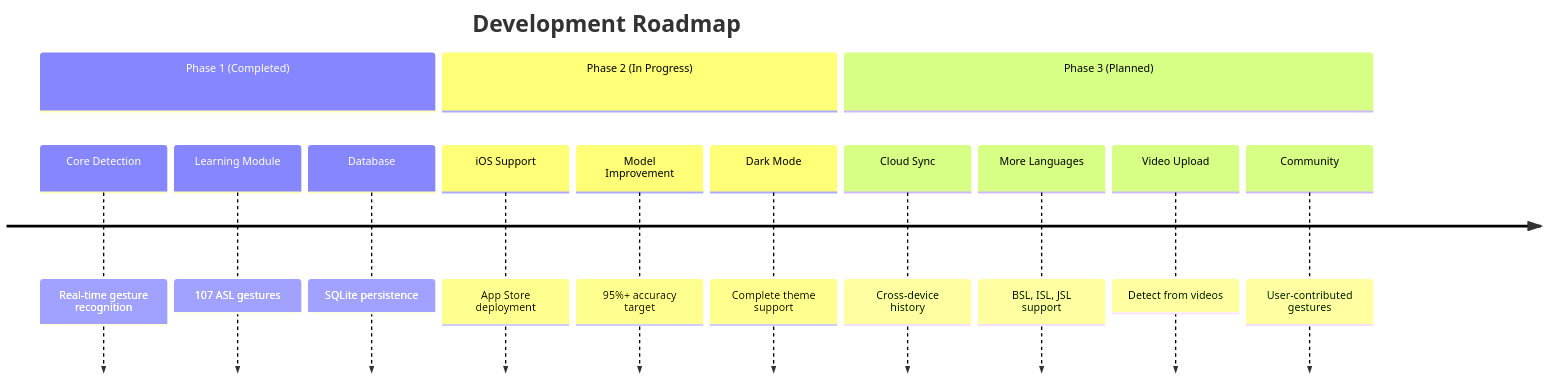
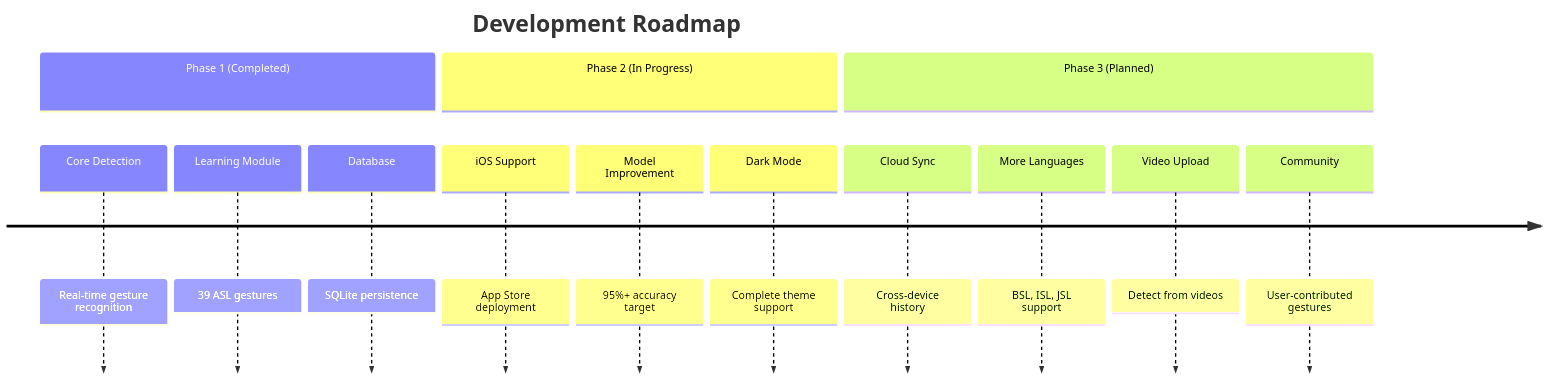
Before and after one commit to muhammadwasif12/SilentVoiceAI-App-Sign-Langauage-Translator-For-Deaf-Mute: the second of 2 diagrams in README.md, drawn with Mermaid. The commit also changed other lines of this file, not shown here.

````diff
--- a/README.md
+++ b/README.md
@@ -649,17 +637,17 @@
 ```mermaid
 timeline
     title Development Roadmap
     section Phase 1 (Completed)
       Core Detection : Real-time gesture recognition
-      Learning Module : 107 ASL gestures
+      Learning Module : 39 ASL gestures
       Database : SQLite persistence
     section Phase 2 (In Progress)
       iOS Support : App Store deployment
       Model Improvement : 95%+ accuracy target
       Dark Mode : Complete theme support
     section Phase 3 (Planned)
       Cloud Sync : Cross-device history
       More Languages : BSL, ISL, JSL support
       Video Upload : Detect from videos
       Community : User-contributed gestures
 ```
````
